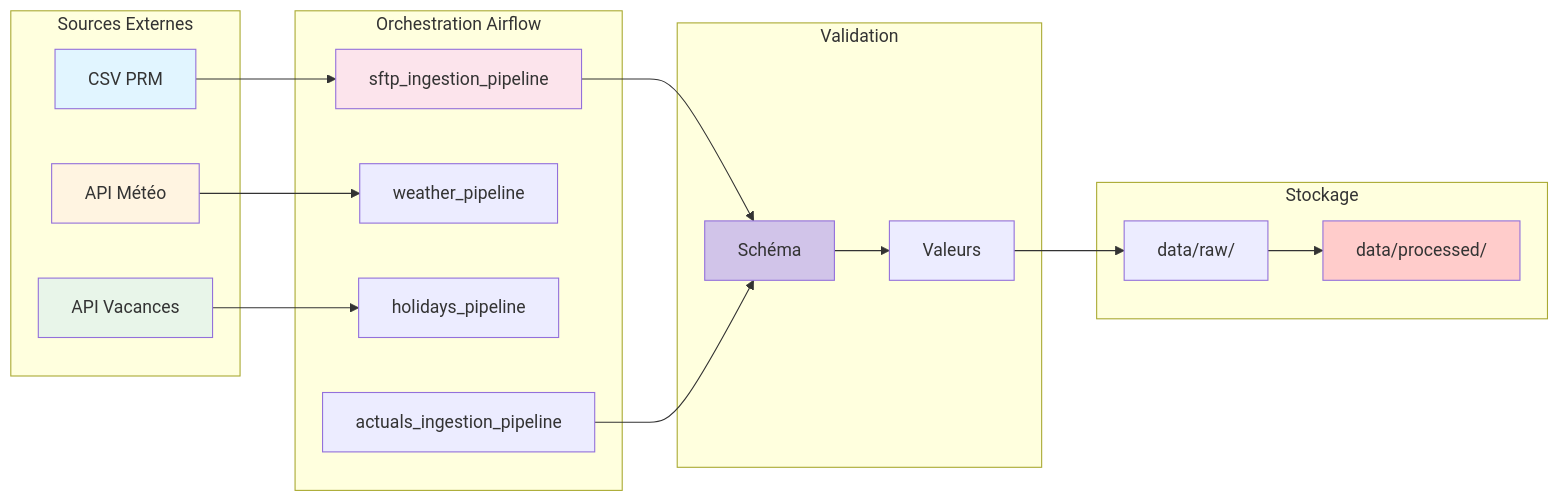
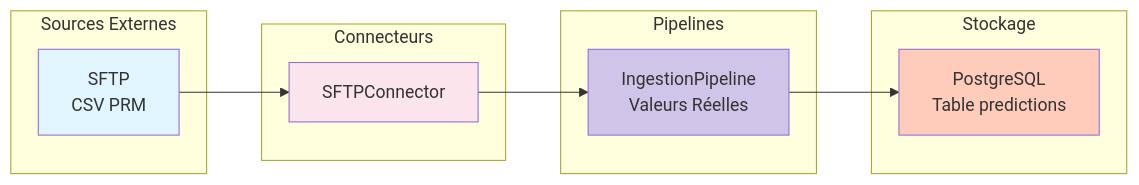
The diagram in Services/docsify/docs/pipeline-ingestion.md (jinsudai/jinsudai), drawn with Mermaid before and after one commit. The commit also changed other lines of this file and 19 other files, not shown here.

````diff
--- a/Services/docsify/docs/pipeline-ingestion.md
+++ b/Services/docsify/docs/pipeline-ingestion.md
@@ -26,41 +12,27 @@
 ```mermaid
 graph LR
     subgraph "Sources Externes"
-        S1[CSV PRM]
-        S2[API Météo]
-        S3[API Vacances]
+        S1[SFTP<br/>CSV PRM]
     end
 
-    subgraph "Orchestration Airflow"
-        O1[sftp_ingestion_pipeline]
-        O2[weather_pipeline]
-        O3[holidays_pipeline]
-        O4[actuals_ingestion_pipeline]
+    subgraph "Connecteurs"
+        C1[SFTPConnector]
     end
 
-    subgraph "Validation"
-        V1[Schéma]
-        V2[Valeurs]
+    subgraph "Pipelines"
+        P1[IngestionPipeline<br/>Valeurs Réelles]
     end
 
     subgraph "Stockage"
-        ST1[data/raw/]
-        ST2[data/processed/]
+        ST1[PostgreSQL<br/>Table predictions]
     end
 
-    S1 --> O1
-    S2 --> O2
-    S3 --> O3
-    O1 --> V1
-    O4 --> V1
-    V1 --> V2
-    V2 --> ST1
-    ST1 --> ST2
+    S1 --> C1
+    C1 --> P1
+    P1 --> ST1
 
     style S1 fill:#e1f5ff
-    style S2 fill:#fff4e1
-    style S3 fill:#e8f5e9
-    style O1 fill:#fce4ec
-    style V1 fill:#d1c4e9
-    style ST2 fill:#ffcccb
+    style C1 fill:#fce4ec
+    style P1 fill:#d1c4e9
+    style ST1 fill:#ffccbc
 ```
````
